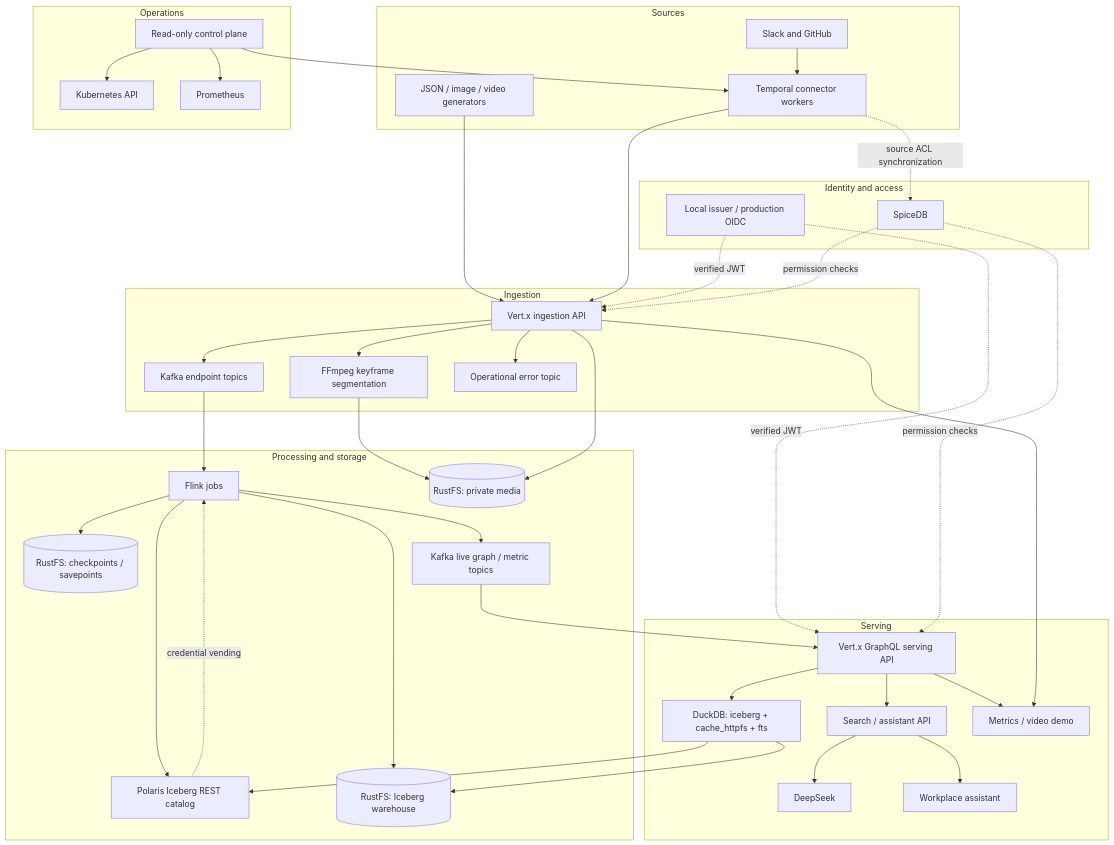
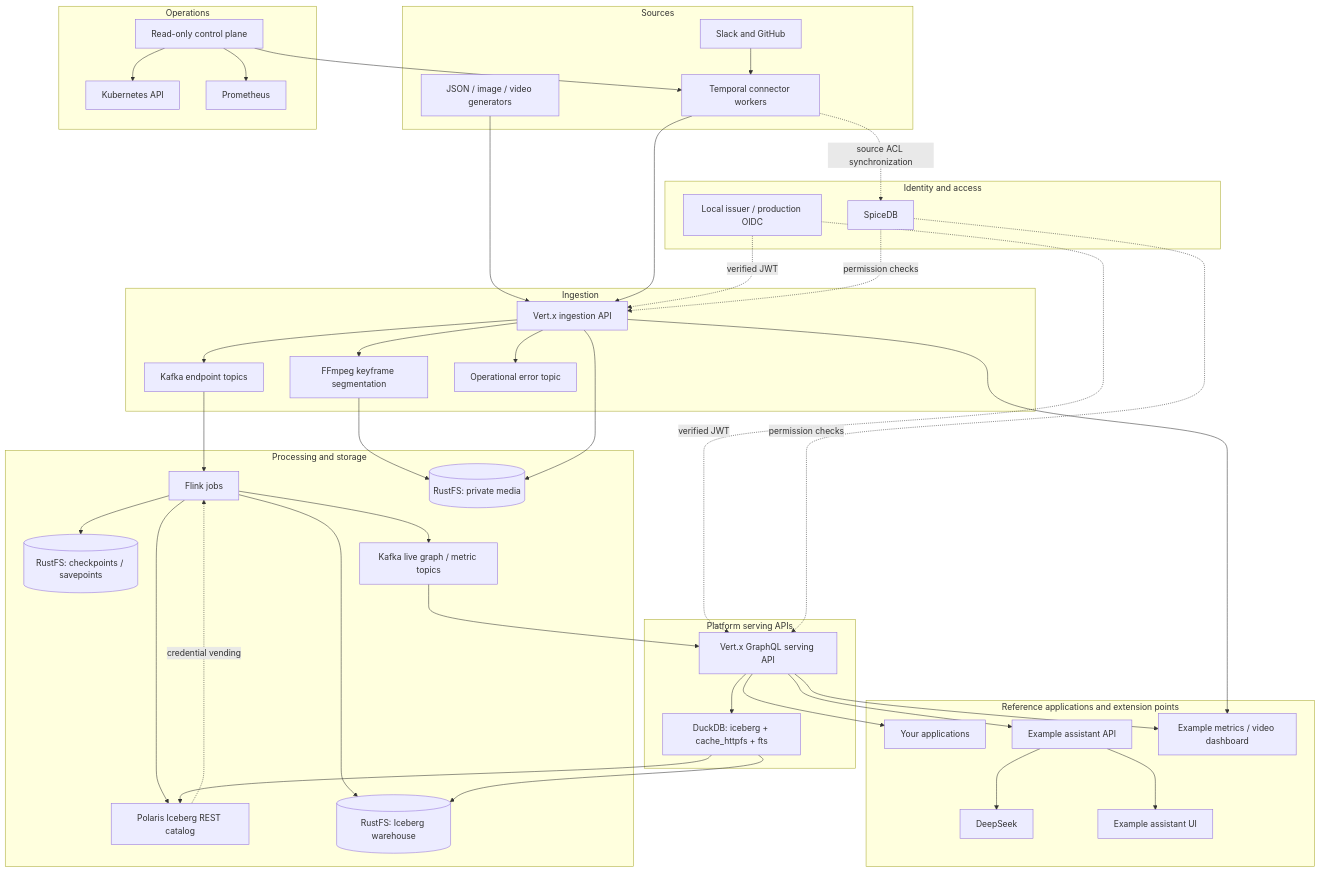
One commit to henneberger/context-graph changed the diagram in README.md. Above: the diagram before and after it, drawn with Mermaid. The commit also changed other lines of this file and 4 other files, not shown here.

Commit message:
Position Context Graph as an application platform and remove localhost links

````diff
--- a/README.md
+++ b/README.md
@@ -63,70 +41,74 @@
 ```mermaid
 flowchart TB
   subgraph Sources
     GEN[JSON / image / video generators]
     EXT[Slack and GitHub]
     TW[Temporal connector workers]
     EXT --> TW
   end
   subgraph Ingestion
     I[Vert.x ingestion API]
     V[FFmpeg keyframe segmentation]
     K[Kafka endpoint topics]
     E[Operational error topic]
     GEN --> I
     TW --> I
     I --> V
     I --> K
     I --> E
   end
   subgraph Processing_and_storage[Processing and storage]
     F[Flink jobs]
     P[Polaris Iceberg REST catalog]
     W[(RustFS: Iceberg warehouse)]
     M[(RustFS: private media)]
     R[(RustFS: checkpoints / savepoints)]
     LIVE[Kafka live graph / metric topics]
     K --> F
     F --> P
     P -. credential vending .-> F
     F --> W
     F --> R
     F --> LIVE
     V --> M
     I --> M
   end
-  subgraph Serving
+  subgraph Platform_serving[Platform serving APIs]
     Q[Vert.x GraphQL serving API]
     D[DuckDB: iceberg + cache_httpfs + fts]
-    SA[Search / assistant API]
-    LLM[DeepSeek]
-    UI[Workplace assistant]
-    DEMO[Metrics / video demo]
     Q --> D
     D --> P
     D --> W
     LIVE --> Q
+  end
+  subgraph Reference_applications[Reference applications and extension points]
+    APP[Your applications]
+    SA[Example assistant API]
+    LLM[DeepSeek]
+    UI[Example assistant UI]
+    DEMO[Example metrics / video dashboard]
+    Q --> APP
     Q --> SA
     SA --> LLM
     SA --> UI
     Q --> DEMO
     I --> DEMO
   end
   subgraph Identity_and_access[Identity and access]
     O[Local issuer / production OIDC]
     A[SpiceDB]
     O -. verified JWT .-> I
     O -. verified JWT .-> Q
     A -. permission checks .-> I
     A -. permission checks .-> Q
     TW -. source ACL synchronization .-> A
   end
   subgraph Operations
     CP[Read-only control plane]
     K8S[Kubernetes API]
     PROM[Prometheus]
     CP --> K8S
     CP --> PROM
     CP --> TW
   end
 ```
````
